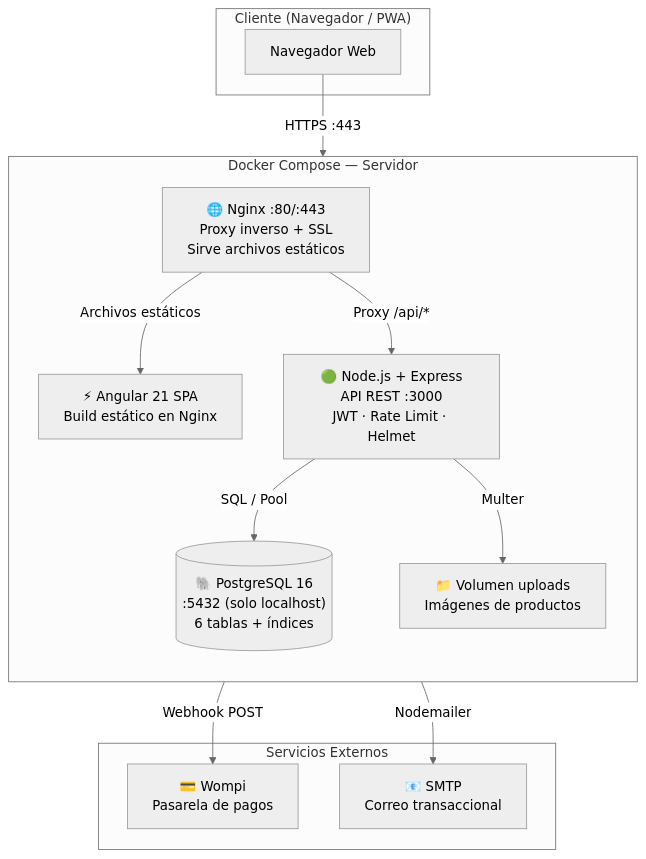
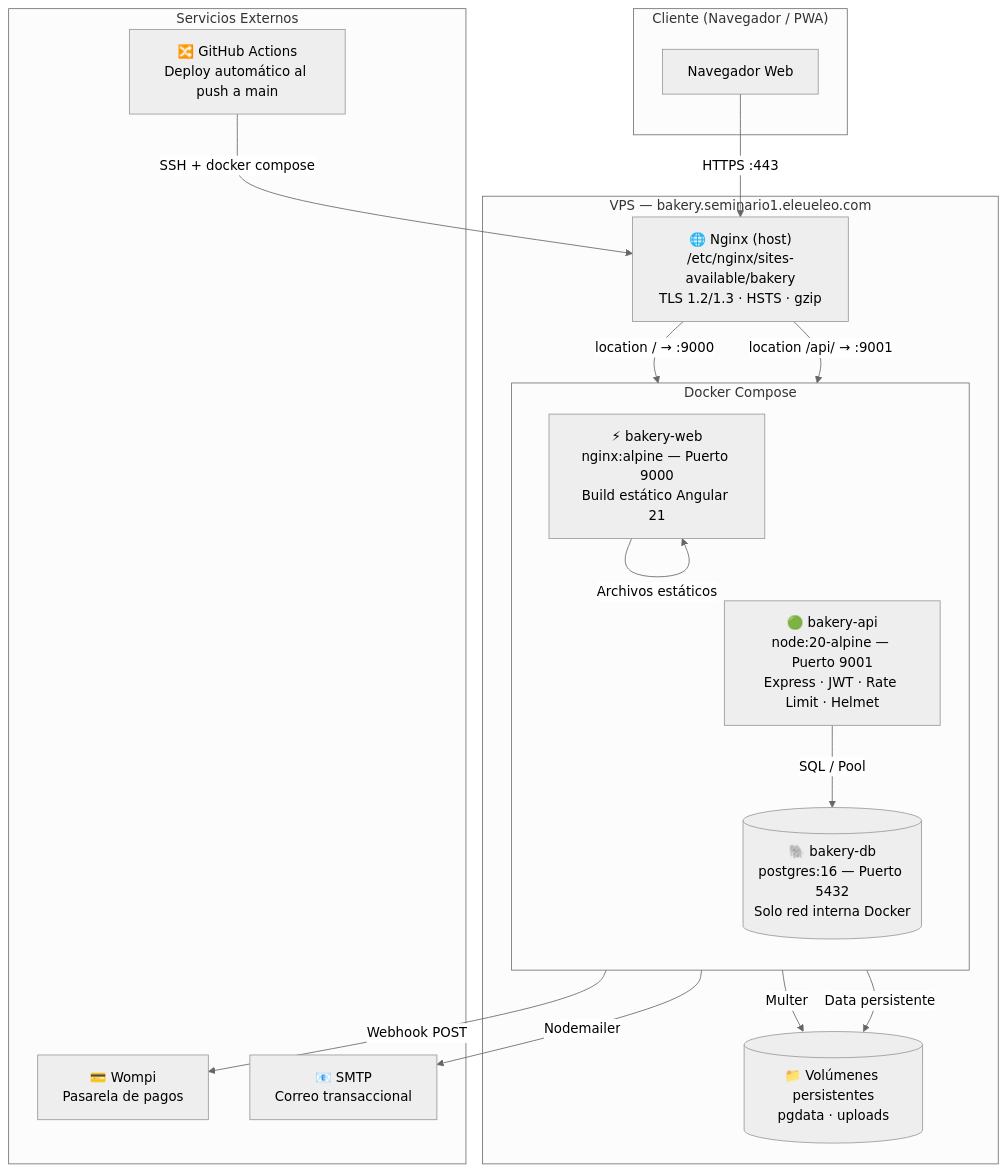
Before and after one commit to jeffer301/webapp-reposteria: the first of 2 diagrams in README.md, drawn with Mermaid (neutral theme). The commit also changed other lines of this file, not shown here.

Commit message:
docs: update architecture diagram and deploy section to match actual VPS setup (Nginx host, GitHub Actions, ports 9000/9001)

````diff
--- a/README.md
+++ b/README.md
@@ -90,28 +93,36 @@
 ```mermaid
 graph TB
     subgraph Cliente["Cliente (Navegador / PWA)"]
         Browser[Navegador Web]
     end
 
-    subgraph Docker["Docker Compose — Servidor"]
-        direction TB
-        Nginx["🌐 Nginx :80/:443<br/>Proxy inverso + SSL<br/>Sirve archivos estáticos"]
-        Angular["⚡ Angular 21 SPA<br/>Build estático en Nginx"]
-        Express["🟢 Node.js + Express<br/>API REST :3000<br/>JWT · Rate Limit · Helmet"]
-        PG[("🐘 PostgreSQL 16<br/>:5432 (solo localhost)<br/>6 tablas + índices")]
-        Uploads["📁 Volumen uploads<br/>Imágenes de productos"]
+    subgraph VPS["VPS — bakery.seminario1.eleueleo.com"]
+        NginxHost["🌐 Nginx (host)<br/>/etc/nginx/sites-available/bakery<br/>TLS 1.2/1.3 · HSTS · gzip"]
+
+        subgraph Docker["Docker Compose"]
+            direction TB
+            Frontend["⚡ bakery-web<br/>nginx:alpine — Puerto 9000<br/>Build estático Angular 21"]
+            Backend["🟢 bakery-api<br/>node:20-alpine — Puerto 9001<br/>Express · JWT · Rate Limit · Helmet"]
+            DB[("🐘 bakery-db<br/>postgres:16 — Puerto 5432<br/>Solo red interna Docker")]
+        end
+
+        Volumes[("📁 Volúmenes persistentes<br/>pgdata · uploads")]
     end
 
     subgraph Externos["Servicios Externos"]
         Wompi["💳 Wompi<br/>Pasarela de pagos"]
         SMTP["📧 SMTP<br/>Correo transaccional"]
+        GitHub["🔀 GitHub Actions<br/>Deploy automático al push a main"]
     end
 
-    Browser -->|"HTTPS :443"| Nginx
-    Nginx -->|"Archivos estáticos"| Angular
-    Nginx -->|"Proxy /api/*"| Express
-    Express -->|"SQL / Pool"| PG
-    Express -->|"Multer"| Uploads
-    Express -->|"Webhook POST"| Wompi
-    Express -->|"Nodemailer"| SMTP
+    Browser -->|"HTTPS :443"| NginxHost
+    NginxHost -->|"location / → :9000"| Frontend
+    NginxHost -->|"location /api/ → :9001"| Backend
+    Frontend -->|"Archivos estáticos"| Frontend
+    Backend -->|"SQL / Pool"| DB
+    Backend -->|"Multer"| Volumes
+    Backend -->|"Webhook POST"| Wompi
+    Backend -->|"Nodemailer"| SMTP
+    GitHub -->|"SSH + docker compose"| NginxHost
+    DB -->|"Data persistente"| Volumes
 ```
````
